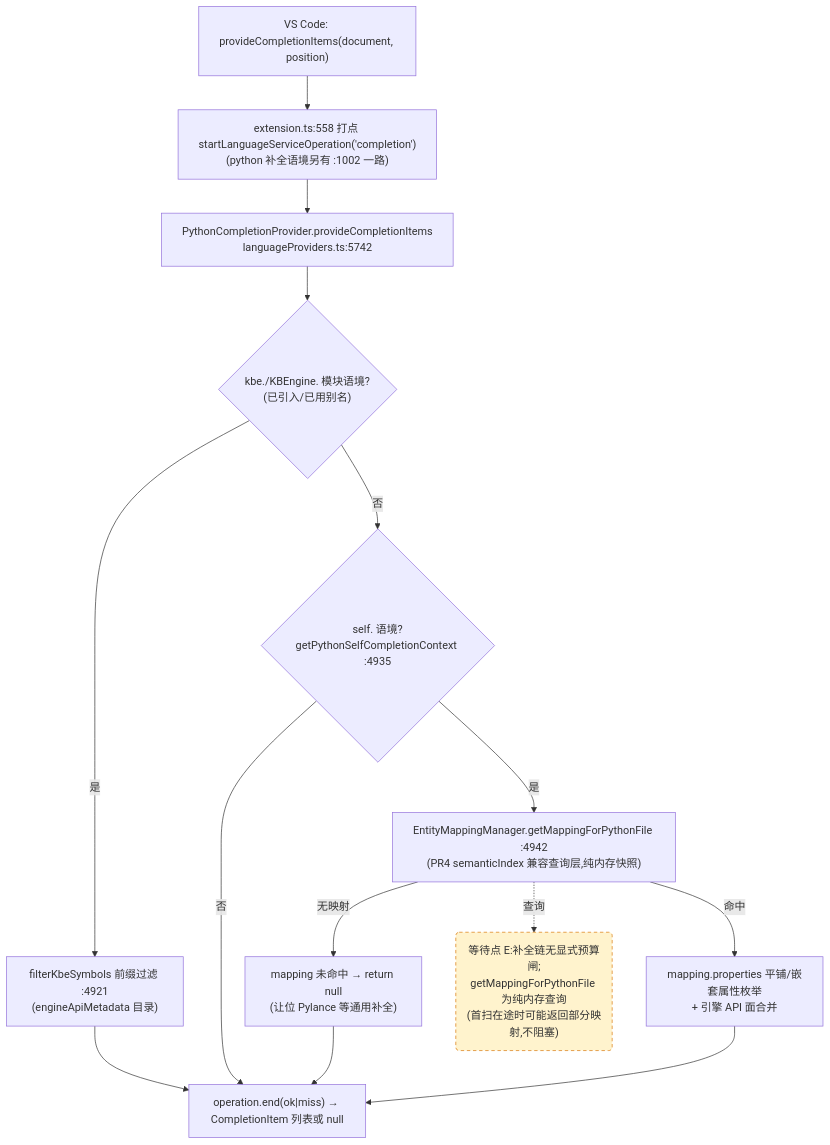
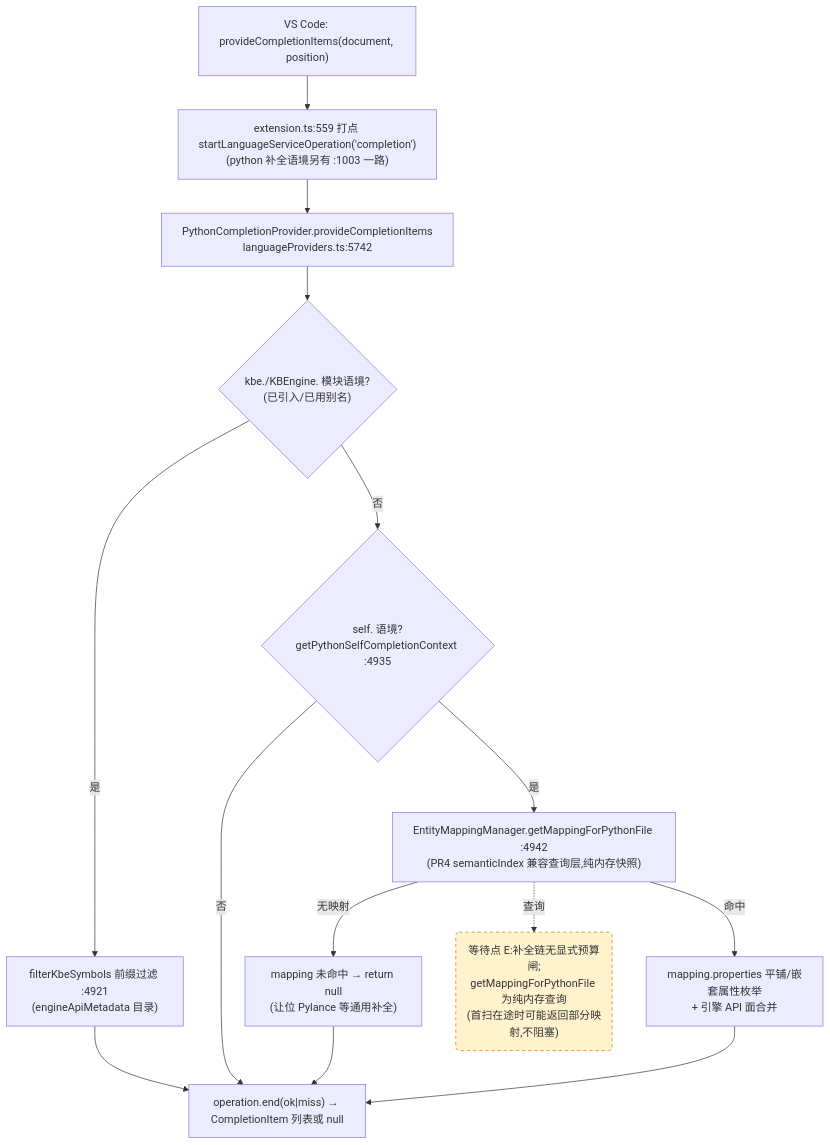
Before and after one commit to cuihairu/kode: the third of 4 diagrams in docs/perf/2026-baseline.md, drawn with Mermaid. The commit also changed other lines of this file and 9 other files, not shown here.

````diff
--- a/docs/perf/2026-baseline.md
+++ b/docs/perf/2026-baseline.md
@@ -184,27 +184,27 @@
 ```mermaid
 flowchart TD
   VC3["VS Code: provideCompletionItems(document, position)"]
-  M3["extension.ts:558 打点 startLanguageServiceOperation('completion')<br/>(python 补全语境另有 :1002 一路)"]
+  M3["extension.ts:559 打点 startLanguageServiceOperation('completion')<br/>(python 补全语境另有 :1003 一路)"]
   CP["PythonCompletionProvider.provideCompletionItems<br/>languageProviders.ts:5742"]
   KBEC{"kbe./KBEngine. 模块语境?<br/>(已引入/已用别名)"}
   FILTER["filterKbeSymbols 前缀过滤 :4921<br/>(engineApiMetadata 目录)"]
   SELFC{"self. 语境?<br/>getPythonSelfCompletionContext :4935"}
   MAP["EntityMappingManager.getMappingForPythonFile :4942<br/>(PR4 semanticIndex 兼容查询层,纯内存快照)"]
   NOMAP["mapping 未命中 → return null<br/>(让位 Pylance 等通用补全)"]
   PROPS["mapping.properties 平铺/嵌套属性枚举<br/>+ 引擎 API 面合并"]
   END3["operation.end(ok|miss) → CompletionItem 列表或 null"]
 
   VC3 --> M3 --> CP --> KBEC
   KBEC -- "是" --> FILTER --> END3
   KBEC -- "否" --> SELFC
   SELFC -- "否" --> END3
   SELFC -- "是" --> MAP
   MAP -- "无映射" --> NOMAP --> END3
   MAP -- "命中" --> PROPS --> END3
 
   WAITE("等待点 E:补全链无显式预算闸;<br/>getMappingForPythonFile 为纯内存查询<br/>(首扫在途时可能返回部分映射,不阻塞)")
   MAP -.->|查询| WAITE
 
   classDef waitPoint fill:#fff3cd,stroke:#d97706,stroke-dasharray:5 4;
   class WAITE waitPoint;
 ```
````
